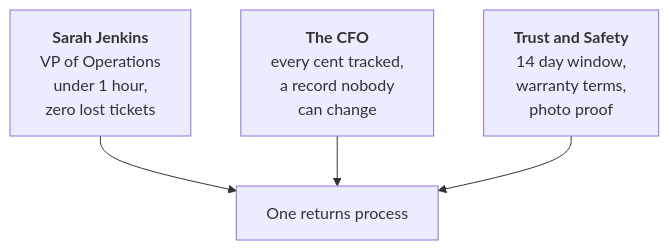
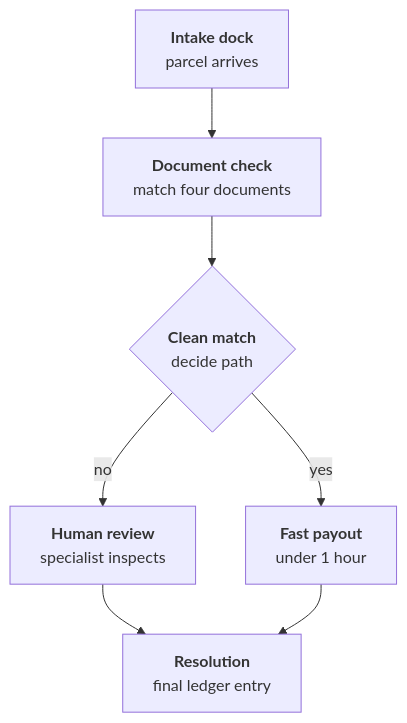
The diagram in content/units/phase-0/0.1/learn.md (techiebande/keelacademy), drawn with Mermaid before and after one commit. The commit also changed other lines of this file and 78 other files, not shown here.

````diff
--- a/content/units/phase-0/0.1/learn.md
+++ b/content/units/phase-0/0.1/learn.md
@@ -71,10 +28,9 @@
-```mermaid Figure 1: The three leaders pull in three directions
+```mermaid Figure 1: Flow of an intake case
 flowchart TD
-    A["<b>Sarah Jenkins</b><br/>VP of Operations<br/>under 1 hour,<br/>zero lost tickets"]
-    B["<b>The CFO</b><br/>every cent tracked,<br/>a record nobody<br/>can change"]
-    C["<b>Trust and Safety</b><br/>14 day window,<br/>warranty terms,<br/>photo proof"]
-    P["One returns process"]
-    A --> P
-    B --> P
-    C --> P
+  A["<b>Intake dock</b><br/>parcel arrives"] --> B["<b>Document check</b><br/>match four documents"]
+  B --> C{"<b>Clean match</b><br/>decide path"}
+  C -->|yes| D["<b>Fast payout</b><br/>under 1 hour"]
+  C -->|no| E["<b>Human review</b><br/>specialist inspects"]
+  E --> F["<b>Resolution</b><br/>final ledger entry"]
+  D --> F
 ```
````
